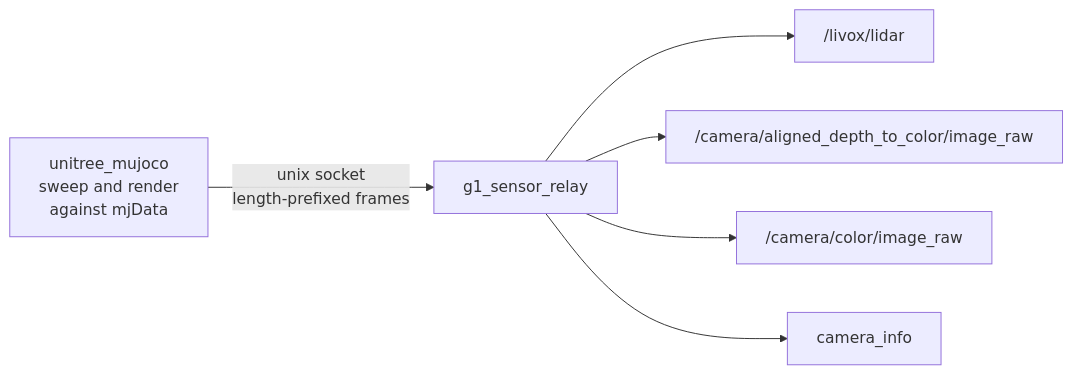
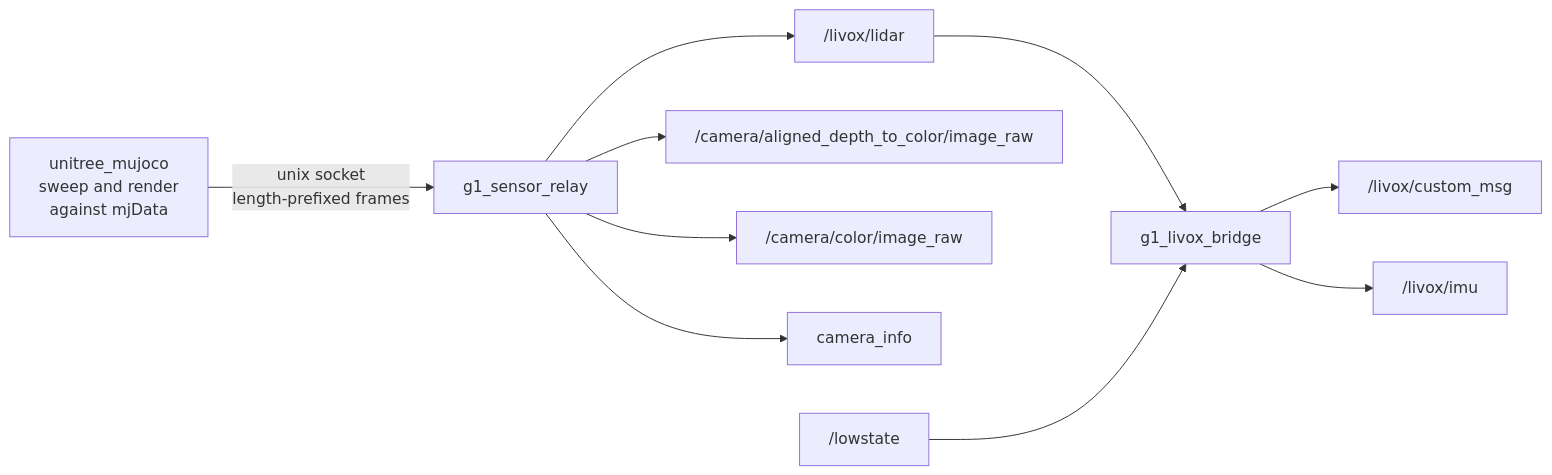
One commit to Adyansh04/grove-g1 changed the diagram in workspace/src/g1_sensor_relay/README.md. Above: the diagram before and after it, drawn with Mermaid. The commit also changed other lines of this file and 12 other files, not shown here.

````diff
--- a/workspace/src/g1_sensor_relay/README.md
+++ b/workspace/src/g1_sensor_relay/README.md
@@ -9,8 +9,12 @@
 ```mermaid
 flowchart LR
     MJ["unitree_mujoco<br/>sweep and render<br/>against mjData"] -- "unix socket<br/>length-prefixed frames" --> R
     R["g1_sensor_relay"] --> PC["/livox/lidar"]
     R --> D["/camera/aligned_depth_to_color/image_raw"]
     R --> C["/camera/color/image_raw"]
     R --> CI["camera_info"]
+    PC --> B["g1_livox_bridge"]
+    LS["/lowstate"] --> B
+    B --> CM["/livox/custom_msg"]
+    B --> IM["/livox/imu"]
 ```
````
